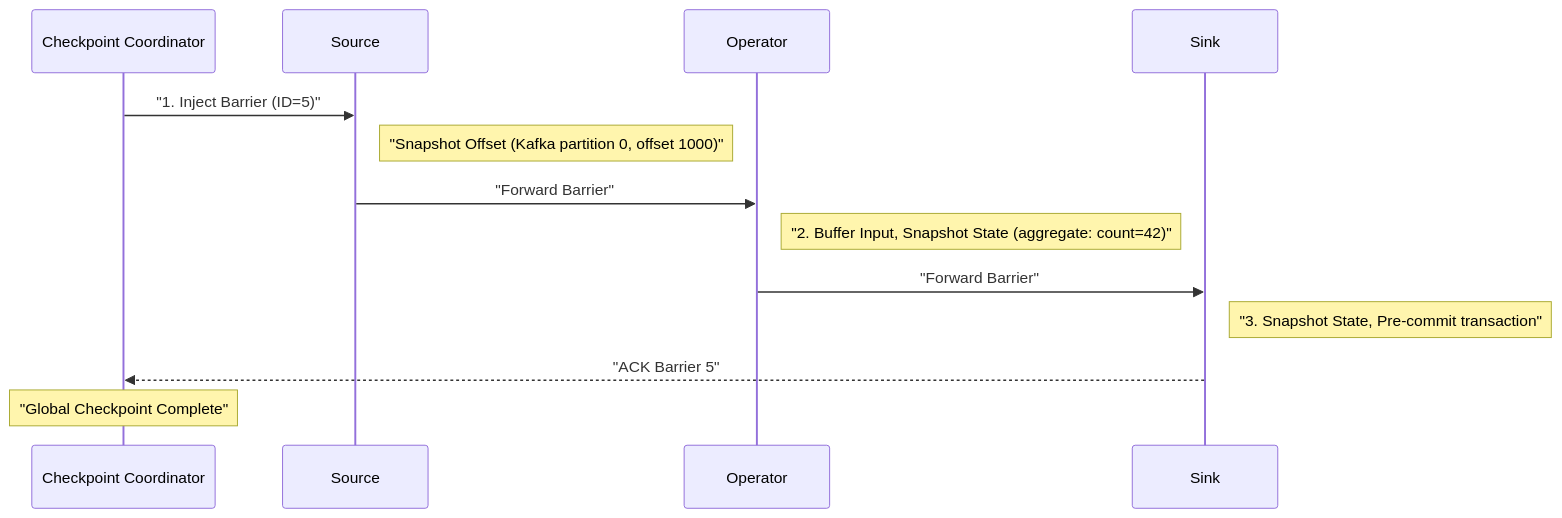
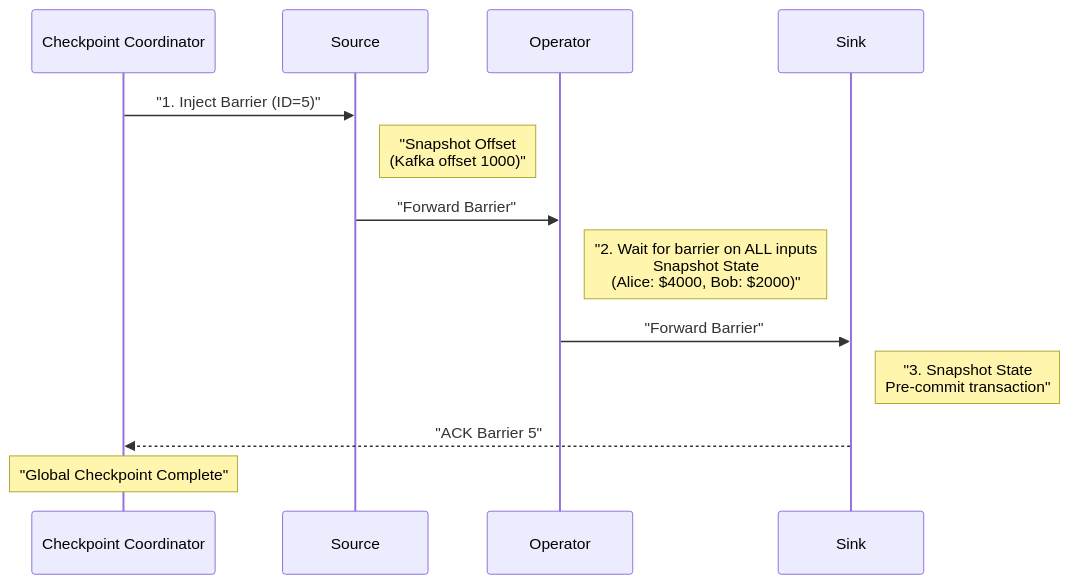
The third of 5 diagrams in Stream Processing/01_Apache_Flink.md (Anmol33/SystemDesign), drawn with Mermaid before and after one commit. The commit also changed other lines of this file, not shown here.

````diff
--- a/Stream Processing/01_Apache_Flink.md
+++ b/Stream Processing/01_Apache_Flink.md
@@ -655,19 +767,19 @@
 ```mermaid
 sequenceDiagram
     participant Chk as Checkpoint Coordinator
     participant Src as Source
     participant Op as Operator
     participant Sink as Sink
     
     Chk->>Src: "1. Inject Barrier (ID=5)"
-    Note right of Src: "Snapshot Offset (Kafka partition 0, offset 1000)"
+    Note right of Src: "Snapshot Offset<br/>(Kafka offset 1000)"
     Src->>Op: "Forward Barrier"
     
-    Note right of Op: "2. Buffer Input, Snapshot State (aggregate: count=42)"
+    Note right of Op: "2. Wait for barrier on ALL inputs<br/>Snapshot State<br/>(Alice: $4000, Bob: $2000)"
     Op->>Sink: "Forward Barrier"
     
-    Note right of Sink: "3. Snapshot State, Pre-commit transaction"
+    Note right of Sink: "3. Snapshot State<br/>Pre-commit transaction"
     Sink-->>Chk: "ACK Barrier 5"
     
     Note over Chk: "Global Checkpoint Complete"
 ```
````
